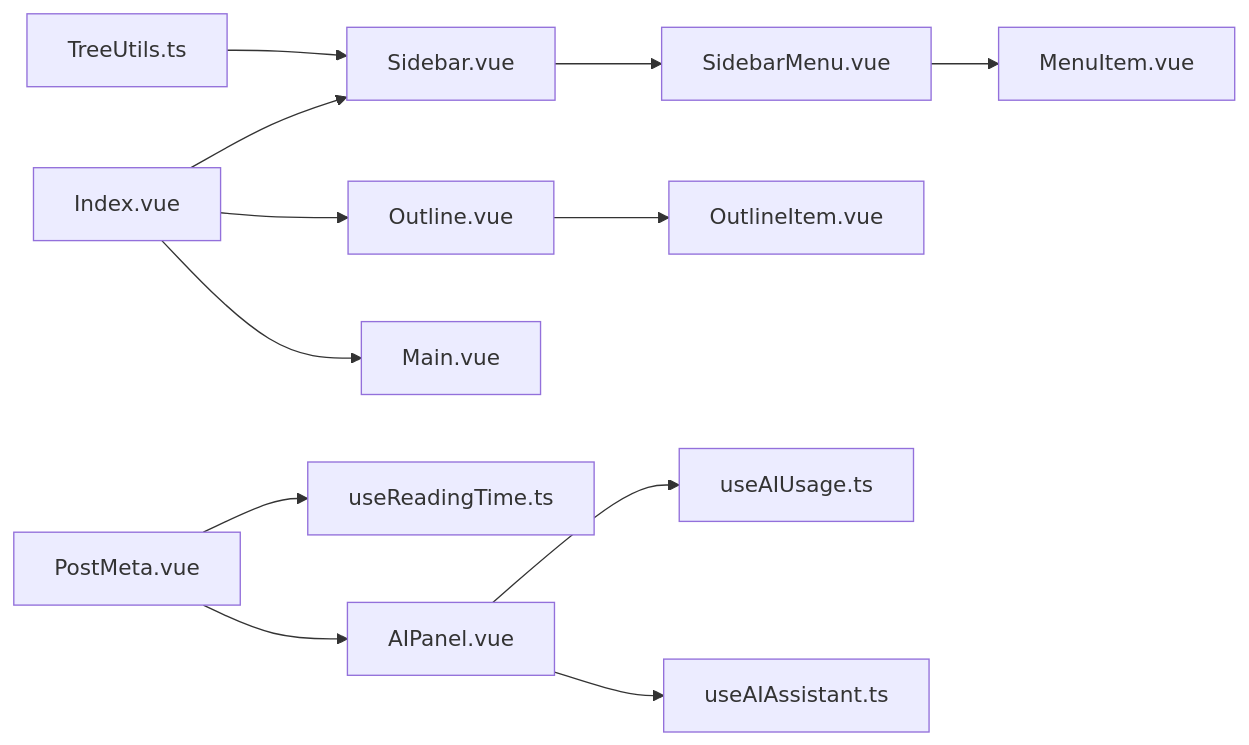
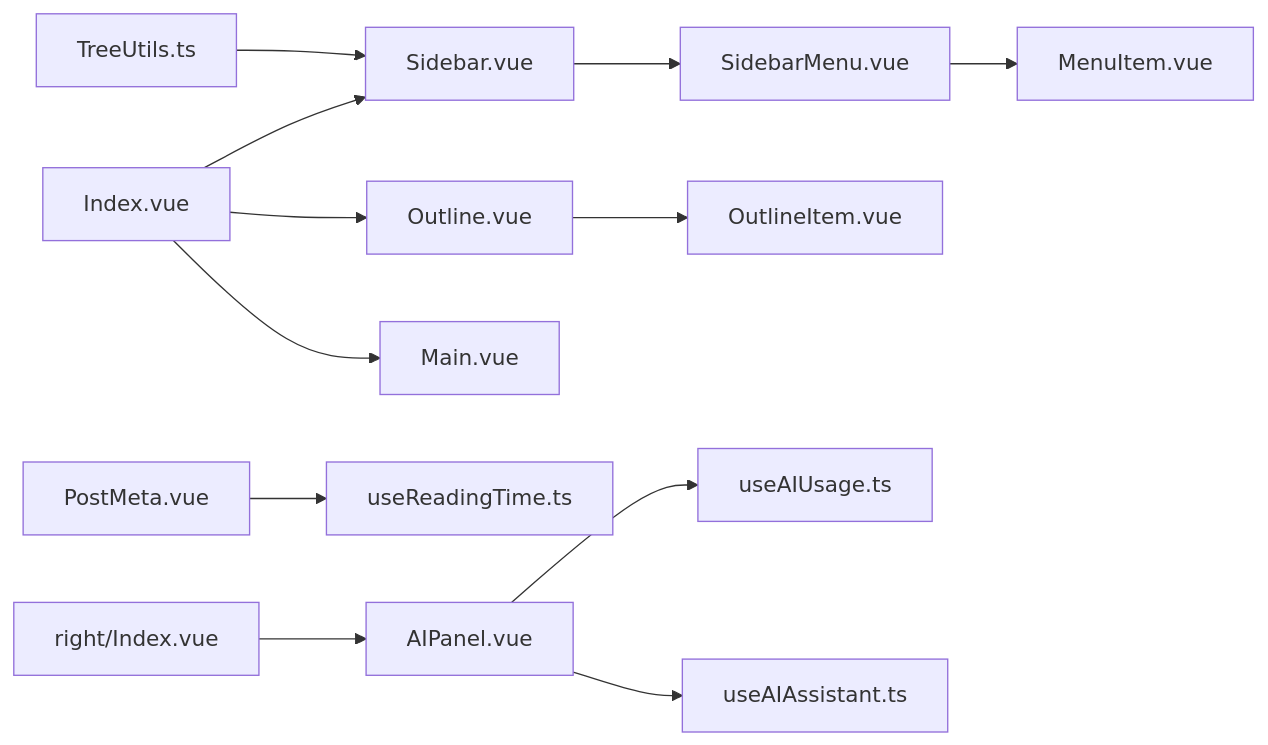
The eighth of 8 diagrams in .qoder/repowiki/zh/content/核心功能/UI 组件系统/内容组件.md (terwer/siyuan-plugin-blog), drawn with Mermaid before and after one commit. The commit also changed other lines of this file and 5 other files, not shown here.

````diff
--- a/.qoder/repowiki/zh/content/核心功能/UI 组件系统/内容组件.md
+++ b/.qoder/repowiki/zh/content/核心功能/UI 组件系统/内容组件.md
@@ -494,14 +477,14 @@
 ```mermaid
 graph LR
 TU["TreeUtils.ts"] --> SB["Sidebar.vue"]
 SB --> SMB["SidebarMenu.vue"]
 SMB --> MB["MenuItem.vue"]
 OUT["Outline.vue"] --> OI["OutlineItem.vue"]
 IDX["Index.vue"] --> SB
 IDX --> OUT
 IDX --> M["Main.vue"]
 PM["PostMeta.vue"] --> RT["useReadingTime.ts"]
-PM --> AIP["AIPanel.vue"]
+R["right/Index.vue"] --> AIP["AIPanel.vue"]
 AIP --> UA["useAIUsage.ts"]
 AIP --> UAA["useAIAssistant.ts"]
 ```
````
